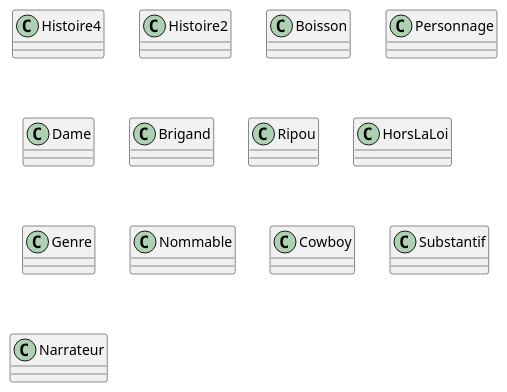
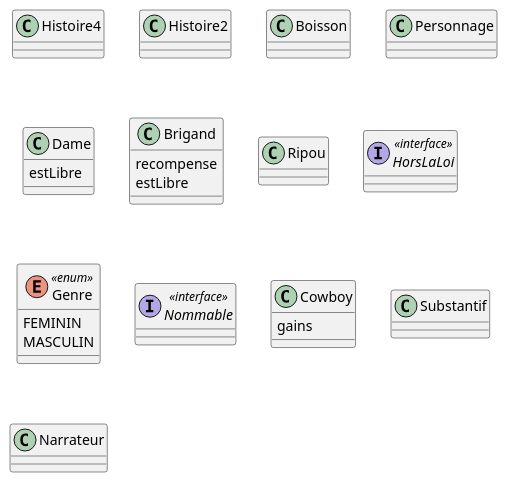
Before and after one commit to karimelkaid/PumlFromJava: the diagram in uml/western.puml, drawn with PlantUML. The commit also changed 11 other files, not shown here.

```diff
--- a/uml/western.puml
+++ b/uml/western.puml
@@ -1,17 +1,49 @@
 @startuml
 
-class Histoire4
-class Histoire2
-class Boisson
-class Personnage
-class Dame
-class Brigand
-class Ripou
-class HorsLaLoi
-class Genre
-class Nommable
-class Cowboy
-class Substantif
-class Narrateur
+class Histoire4{
+}
+
+class Histoire2{
+}
+
+class Boisson{
+}
+
+class Personnage{
+}
+
+class Dame{
+	estLibre
+}
+
+class Brigand{
+	recompense
+	estLibre
+}
+
+class Ripou{
+}
+
+interface HorsLaLoi <<interface>>{
+}
+
+enum Genre <<enum>>{
+	FEMININ
+	MASCULIN
+}
+
+interface Nommable <<interface>>{
+}
+
+class Cowboy{
+	gains
+}
+
+class Substantif{
+}
+
+class Narrateur{
+}
+
 
 @enduml
```
